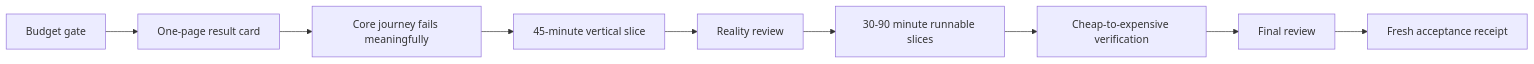
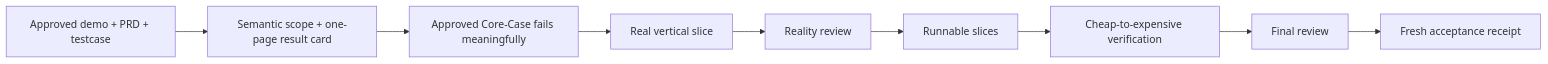
The diagram in README.md (wallkop/opc-develop), drawn with Mermaid before and after one commit. The commit also changed other lines of this file and 65 other files, not shown here.

Commit message:
feat: add human-approved testcase gate

````diff
--- a/README.md
+++ b/README.md
@@ -315,11 +324,11 @@
 ```mermaid
 flowchart LR
-  A["Budget gate"] --> B["One-page result card"]
-  B --> C["Core journey fails meaningfully"]
-  C --> D["45-minute vertical slice"]
+  A["Approved demo + PRD + testcase"] --> B["Semantic scope + one-page result card"]
+  B --> C["Approved Core-Case fails meaningfully"]
+  C --> D["Real vertical slice"]
   D --> E["Reality review"]
-  E --> F["30-90 minute runnable slices"]
+  E --> F["Runnable slices"]
   F --> G["Cheap-to-expensive verification"]
   G --> H["Final review"]
   H --> I["Fresh acceptance receipt"]
 ```
````
